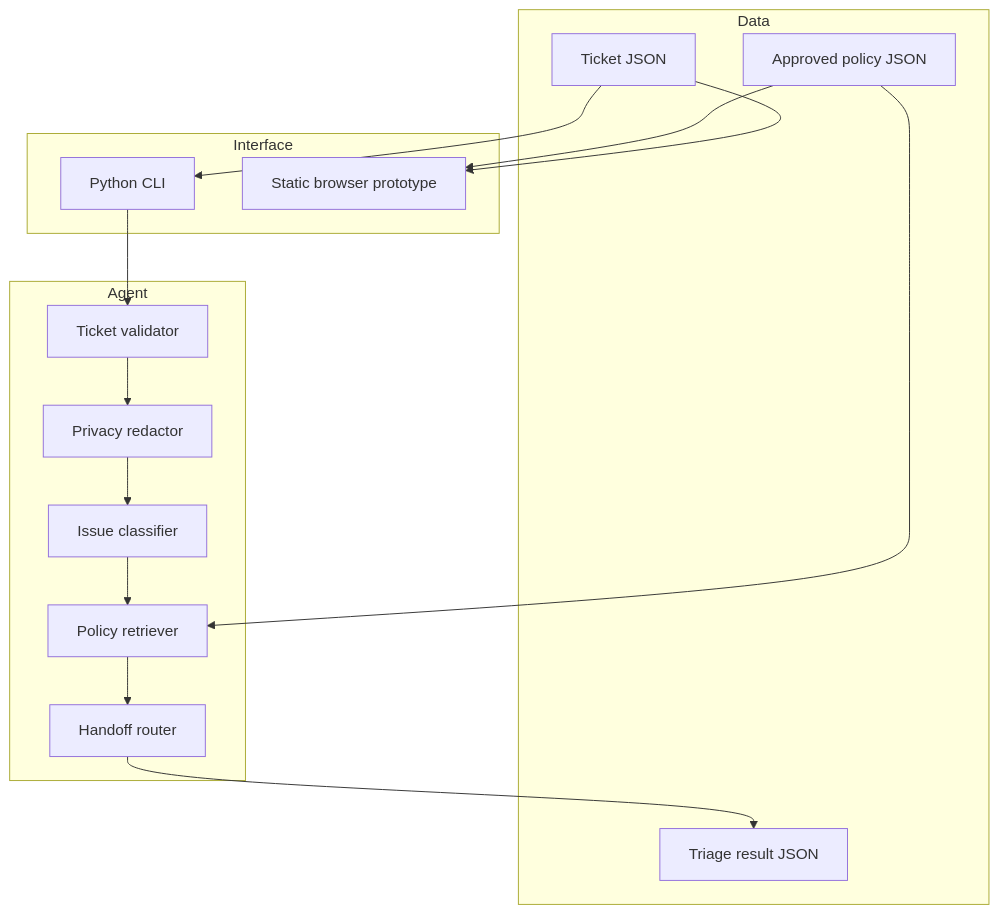
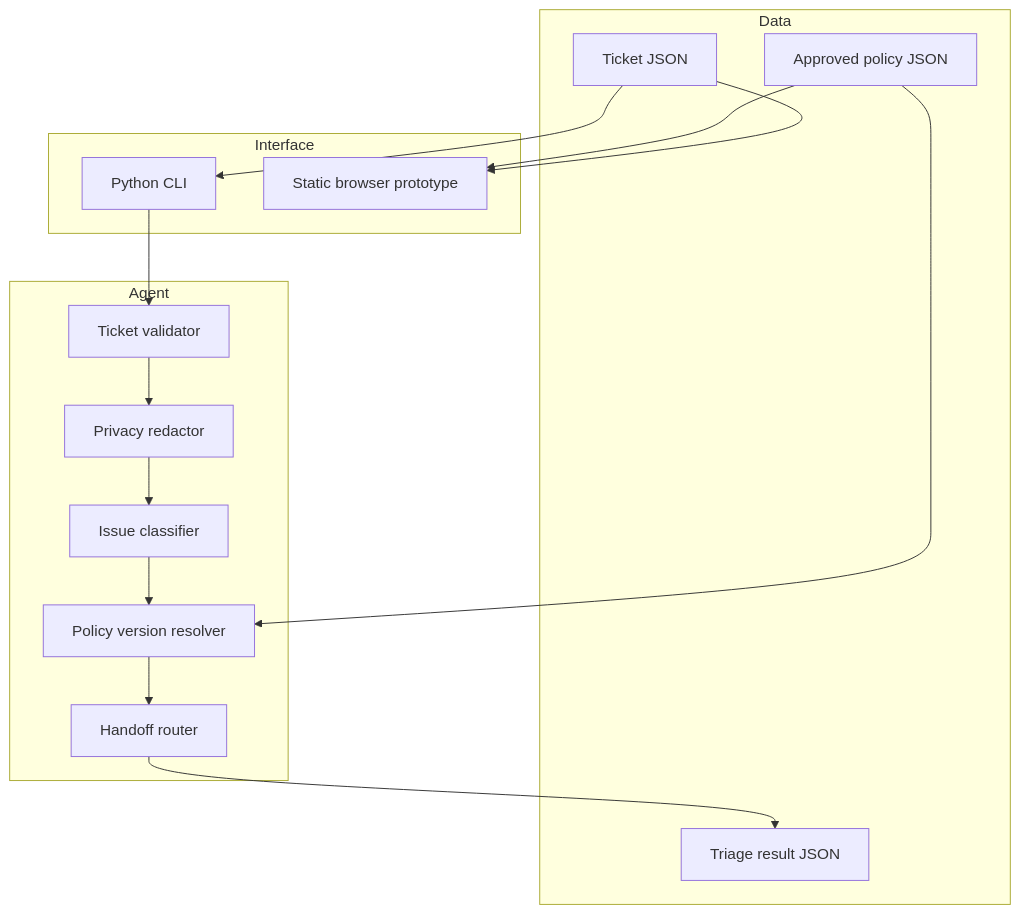
Before and after one commit to magicyao2028-pixel/customer-service-agent: the diagram in docs/ARCHITECTURE.md, drawn with Mermaid. The commit also changed other lines of this file and 25 other files, not shown here.

````diff
--- a/docs/ARCHITECTURE.md
+++ b/docs/ARCHITECTURE.md
@@ -14,23 +16,23 @@
 ```mermaid
 flowchart TB
     subgraph Interface
       CLI[Python CLI]
       WEB[Static browser prototype]
     end
     subgraph Agent
       V[Ticket validator]
       P[Privacy redactor]
       C[Issue classifier]
-      R[Policy retriever]
+      R[Policy version resolver]
       H[Handoff router]
     end
     subgraph Data
       T[Ticket JSON]
       K[Approved policy JSON]
       O[Triage result JSON]
     end
     T --> CLI --> V --> P --> C --> R --> H --> O
     K --> R
     T --> WEB
     K --> WEB
 ```
````
